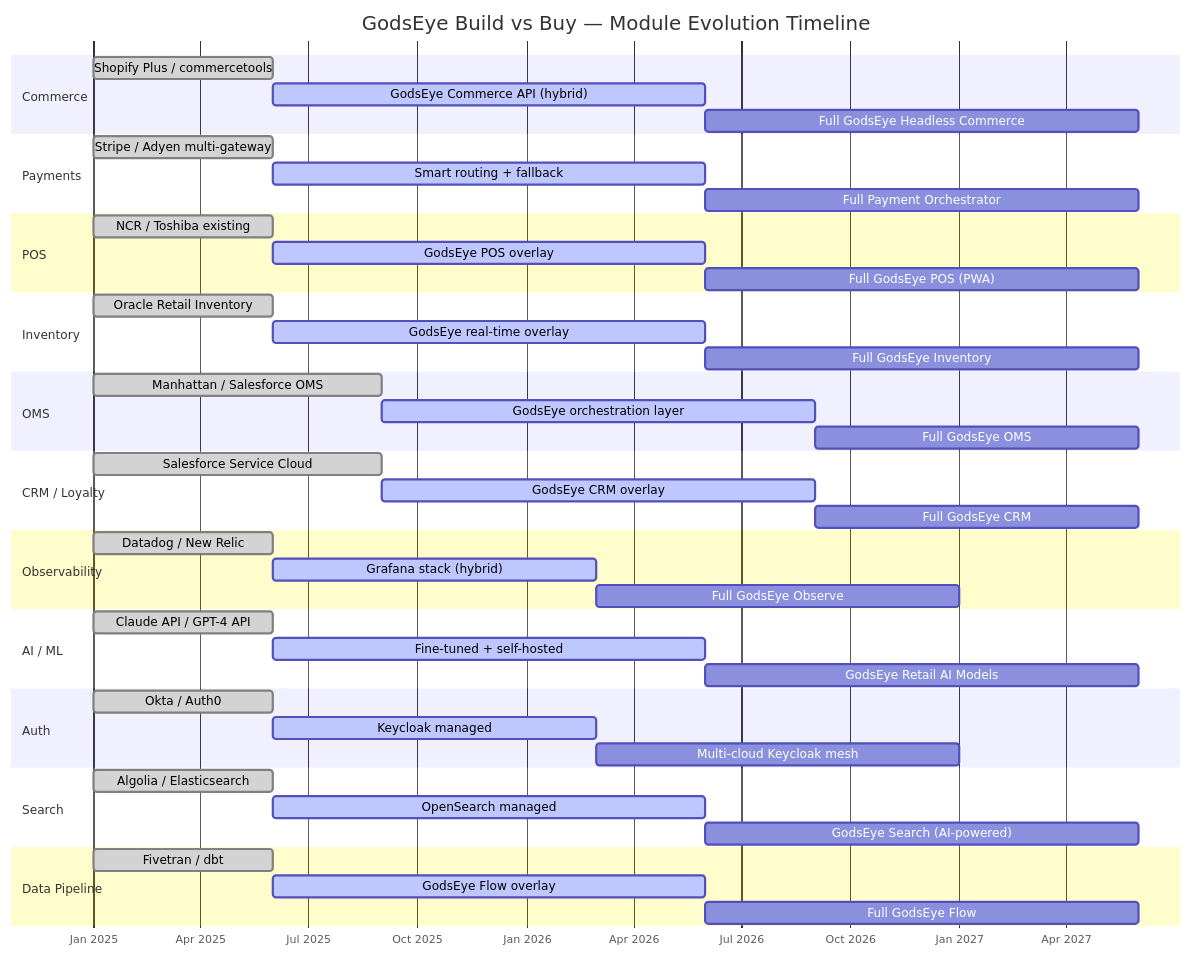
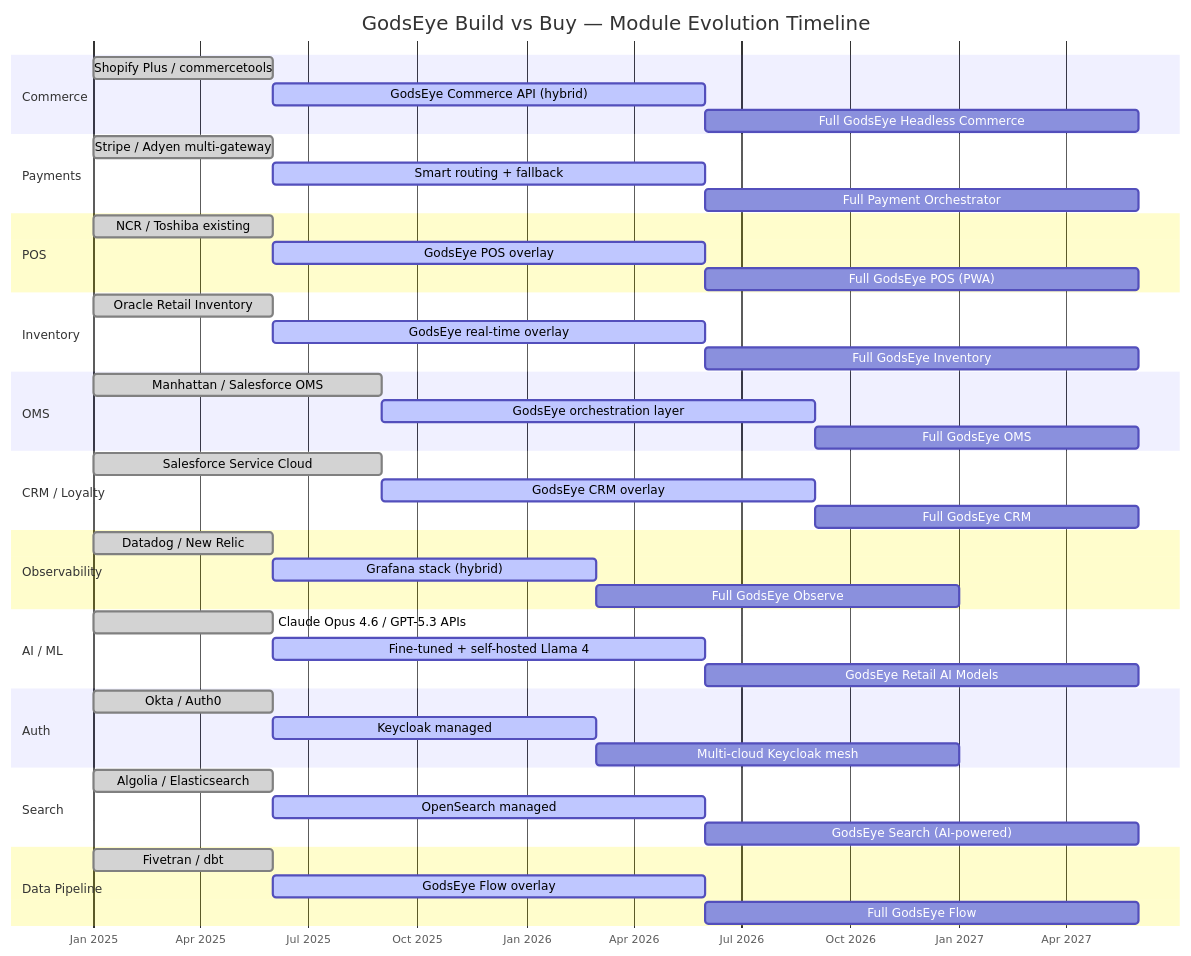
One commit to bcraavi/godseye changed the fourth of 4 diagrams in docs/strategy/build-vs-buy.md. Above: the diagram before and after it, drawn with Mermaid. The commit also changed other lines of this file and 4 other files, not shown here.

````diff
--- a/docs/strategy/build-vs-buy.md
+++ b/docs/strategy/build-vs-buy.md
@@ -206,61 +206,61 @@
 ```mermaid
 gantt
     title GodsEye Build vs Buy — Module Evolution Timeline
     dateFormat YYYY-MM
     axisFormat %b %Y
 
     section Commerce
     Shopify Plus / commercetools           :done, com1, 2025-01, 2025-06
     GodsEye Commerce API (hybrid)          :active, com2, 2025-06, 2026-06
     Full GodsEye Headless Commerce         :com3, 2026-06, 2027-06
 
     section Payments
     Stripe / Adyen multi-gateway           :done, pay1, 2025-01, 2025-06
     Smart routing + fallback               :active, pay2, 2025-06, 2026-06
     Full Payment Orchestrator              :pay3, 2026-06, 2027-06
 
     section POS
     NCR / Toshiba existing                 :done, pos1, 2025-01, 2025-06
     GodsEye POS overlay                    :active, pos2, 2025-06, 2026-06
     Full GodsEye POS (PWA)                 :pos3, 2026-06, 2027-06
 
     section Inventory
     Oracle Retail Inventory                :done, inv1, 2025-01, 2025-06
     GodsEye real-time overlay              :active, inv2, 2025-06, 2026-06
     Full GodsEye Inventory                 :inv3, 2026-06, 2027-06
 
     section OMS
     Manhattan / Salesforce OMS             :done, oms1, 2025-01, 2025-09
     GodsEye orchestration layer            :active, oms2, 2025-09, 2026-09
     Full GodsEye OMS                       :oms3, 2026-09, 2027-06
 
     section CRM / Loyalty
     Salesforce Service Cloud               :done, crm1, 2025-01, 2025-09
     GodsEye CRM overlay                    :active, crm2, 2025-09, 2026-09
     Full GodsEye CRM                       :crm3, 2026-09, 2027-06
 
     section Observability
     Datadog / New Relic                    :done, obs1, 2025-01, 2025-06
     Grafana stack (hybrid)                 :active, obs2, 2025-06, 2026-03
     Full GodsEye Observe                   :obs3, 2026-03, 2027-01
 
     section AI / ML
-    Claude API / GPT-4 API                 :done, ai1, 2025-01, 2025-06
-    Fine-tuned + self-hosted               :active, ai2, 2025-06, 2026-06
+    Claude Opus 4.6 / GPT-5.3 APIs         :done, ai1, 2025-01, 2025-06
+    Fine-tuned + self-hosted Llama 4       :active, ai2, 2025-06, 2026-06
     GodsEye Retail AI Models               :ai3, 2026-06, 2027-06
 
     section Auth
     Okta / Auth0                           :done, auth1, 2025-01, 2025-06
     Keycloak managed                       :active, auth2, 2025-06, 2026-03
     Multi-cloud Keycloak mesh              :auth3, 2026-03, 2027-01
 
     section Search
     Algolia / Elasticsearch                :done, srch1, 2025-01, 2025-06
     OpenSearch managed                     :active, srch2, 2025-06, 2026-06
     GodsEye Search (AI-powered)            :srch3, 2026-06, 2027-06
 
     section Data Pipeline
     Fivetran / dbt                         :done, dp1, 2025-01, 2025-06
     GodsEye Flow overlay                   :active, dp2, 2025-06, 2026-06
     Full GodsEye Flow                      :dp3, 2026-06, 2027-06
 ```
````
